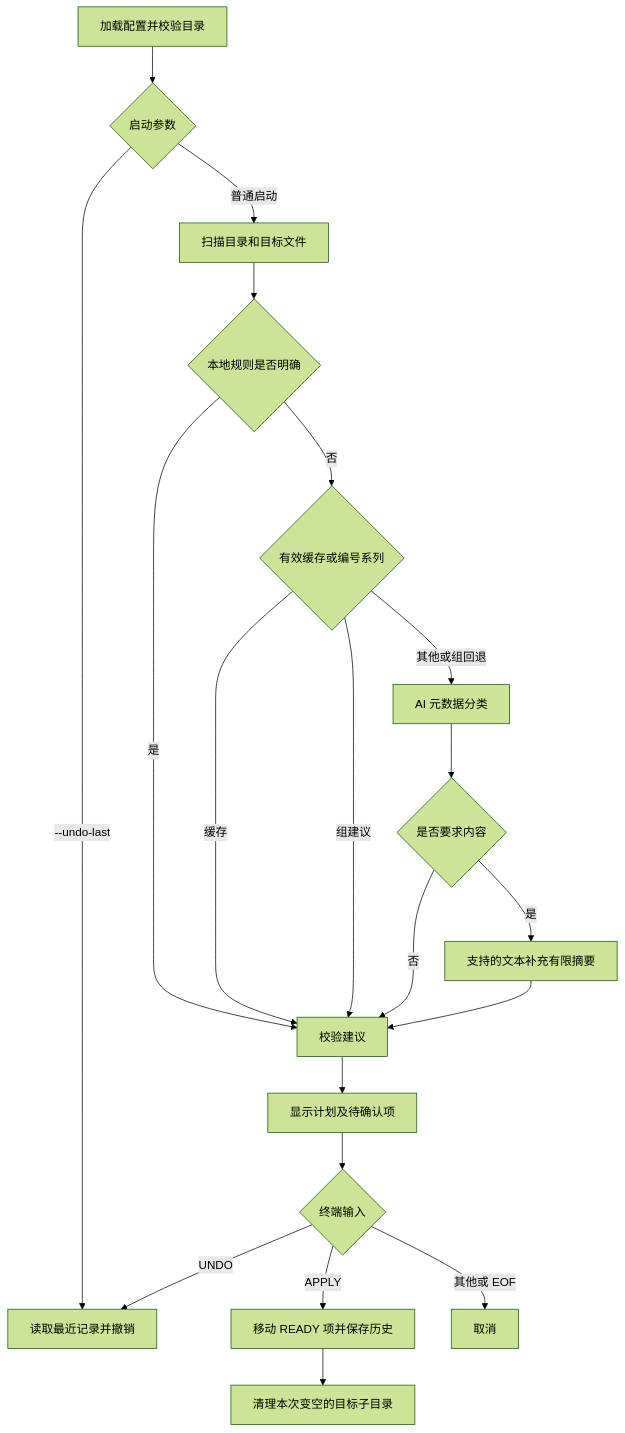
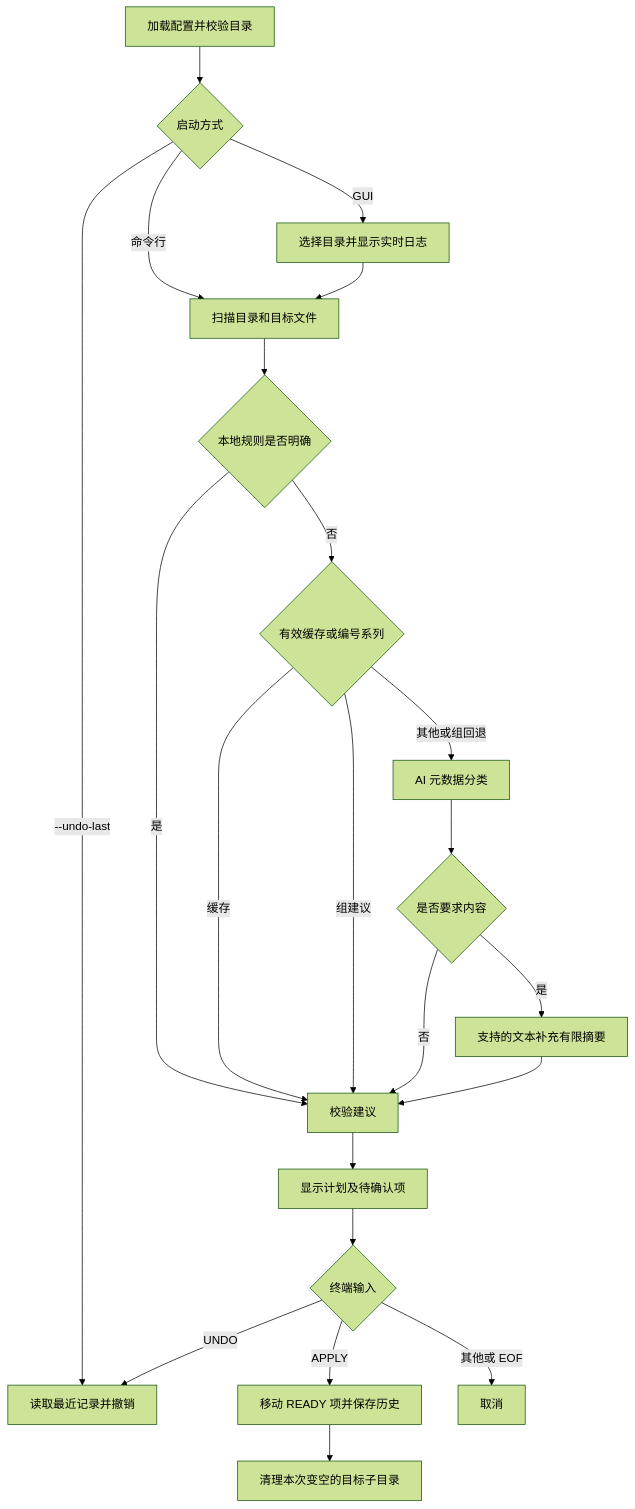
Before and after one commit to bacon-wang/Bei-File-Tidying: the diagram in docs/architecture.md, drawn with Mermaid (forest theme). The commit also changed other lines of this file and 14 other files, not shown here.

````diff
--- a/docs/architecture.md
+++ b/docs/architecture.md
@@ -22,22 +24,24 @@
 ```mermaid
 flowchart TD
-    A[加载配置并校验目录] --> B{启动参数}
+    A[加载配置并校验目录] --> B{启动方式}
+    B -->|GUI| V[选择目录并显示实时日志]
     B -->|--undo-last| U[读取最近记录并撤销]
-    B -->|普通启动| C[扫描目录和目标文件]
+    B -->|命令行| C[扫描目录和目标文件]
+    V --> C
     C --> L{本地规则是否明确}
     L -->|是| D[校验建议]
     L -->|否| K{有效缓存或编号系列}
     K -->|缓存| D
     K -->|组建议| D
     K -->|其他或组回退| M[AI 元数据分类]
     M --> N{是否要求内容}
     N -->|否| D
     N -->|是| T[支持的文本补充有限摘要]
     T --> D
     D --> E[显示计划及待确认项]
     E --> F{终端输入}
     F -->|APPLY| G[移动 READY 项并保存历史]
     G --> H[清理本次变空的目标子目录]
     F -->|UNDO| U
     F -->|其他或 EOF| I[取消]
 ```
````
